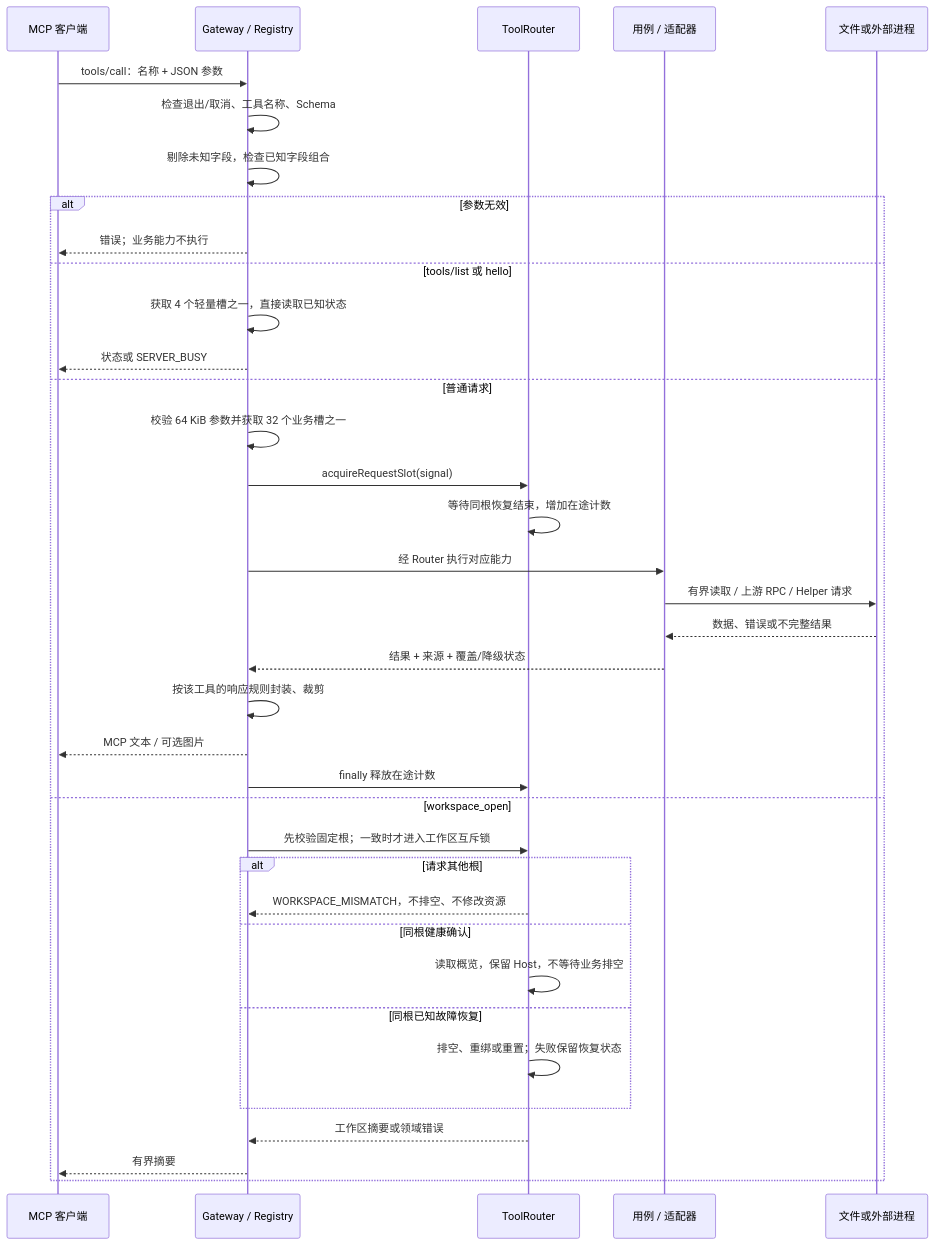
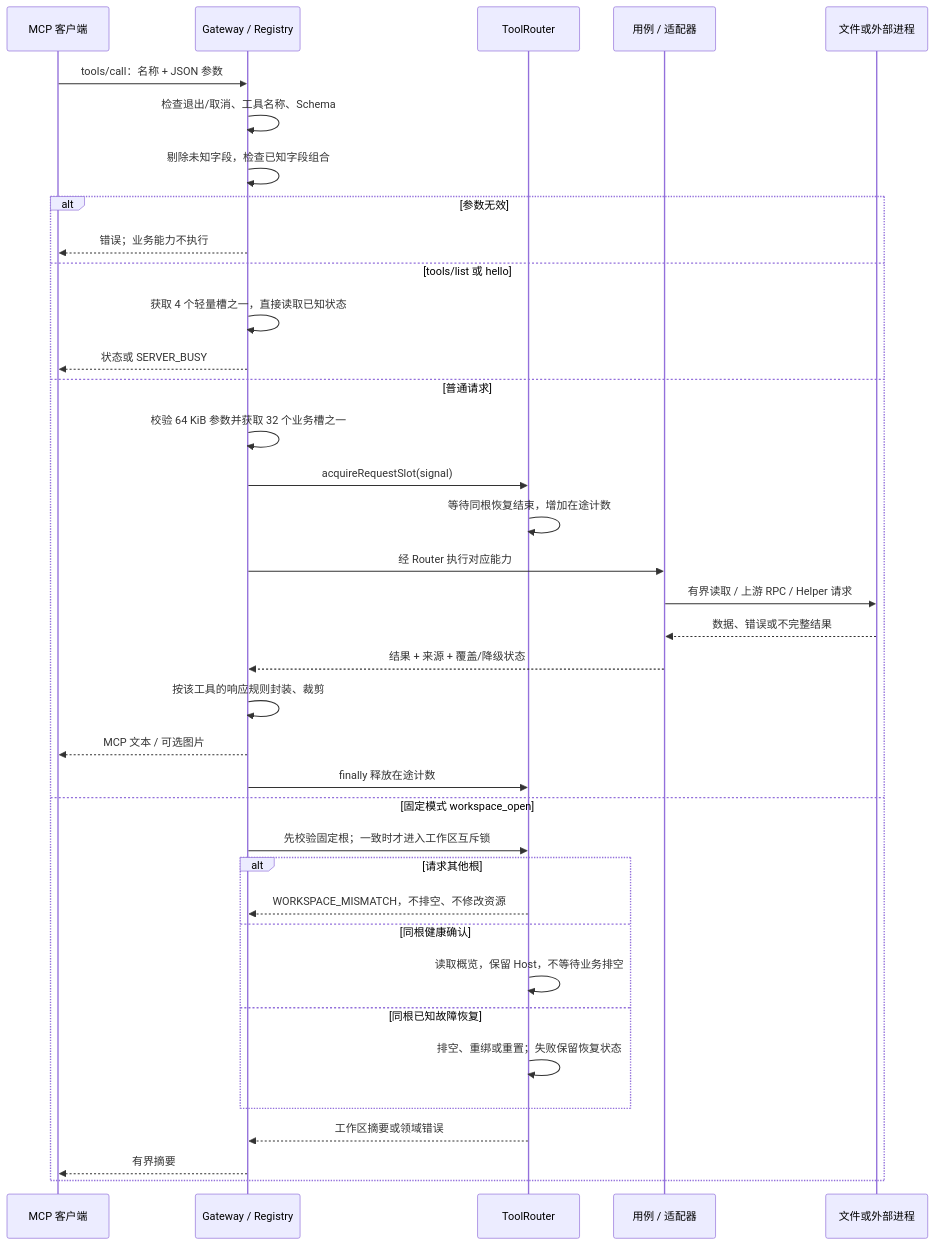
Before and after one commit to linnnn89/WinCode: the second of 5 diagrams in WinCode-架构与数据流说明.md, drawn with Mermaid. The commit also changed other lines of this file and 37 other files, not shown here.

````diff
--- a/WinCode-架构与数据流说明.md
+++ b/WinCode-架构与数据流说明.md
@@ -66,39 +66,39 @@
 ```mermaid
 sequenceDiagram
   participant A as MCP 客户端
   participant G as Gateway / Registry
   participant R as ToolRouter
   participant U as 用例 / 适配器
   participant E as 文件或外部进程
   A->>G: tools/call：名称 + JSON 参数
   G->>G: 检查退出/取消、工具名称、Schema
   G->>G: 剔除未知字段，检查已知字段组合
   alt 参数无效
     G-->>A: 错误；业务能力不执行
   else tools/list 或 hello
     G->>G: 获取 4 个轻量槽之一，直接读取已知状态
     G-->>A: 状态或 SERVER_BUSY
   else 普通请求
     G->>G: 校验 64 KiB 参数并获取 32 个业务槽之一
     G->>R: acquireRequestSlot(signal)
     R->>R: 等待同根恢复结束，增加在途计数
     G->>U: 经 Router 执行对应能力
     U->>E: 有界读取 / 上游 RPC / Helper 请求
     E-->>U: 数据、错误或不完整结果
     U-->>G: 结果 + 来源 + 覆盖/降级状态
     G->>G: 按该工具的响应规则封装、裁剪
     G-->>A: MCP 文本 / 可选图片
     G->>R: finally 释放在途计数
-  else workspace_open
+  else 固定模式 workspace_open
     G->>R: 先校验固定根；一致时才进入工作区互斥锁
     alt 请求其他根
       R-->>G: WORKSPACE_MISMATCH，不排空、不修改资源
     else 同根健康确认
       R->>R: 读取概览，保留 Host，不等待业务排空
     else 同根已知故障恢复
       R->>R: 排空、重绑或重置；失败保留恢复状态
     end
     R-->>G: 工作区摘要或领域错误
     G-->>A: 有界摘要
   end
 ```
````
